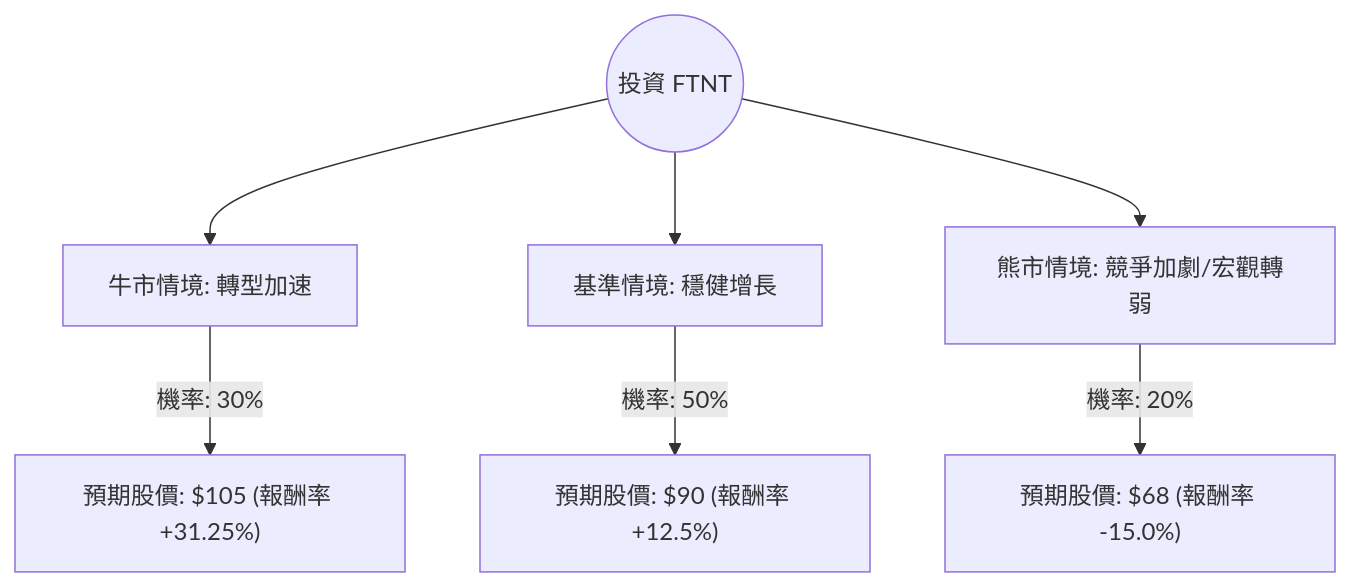
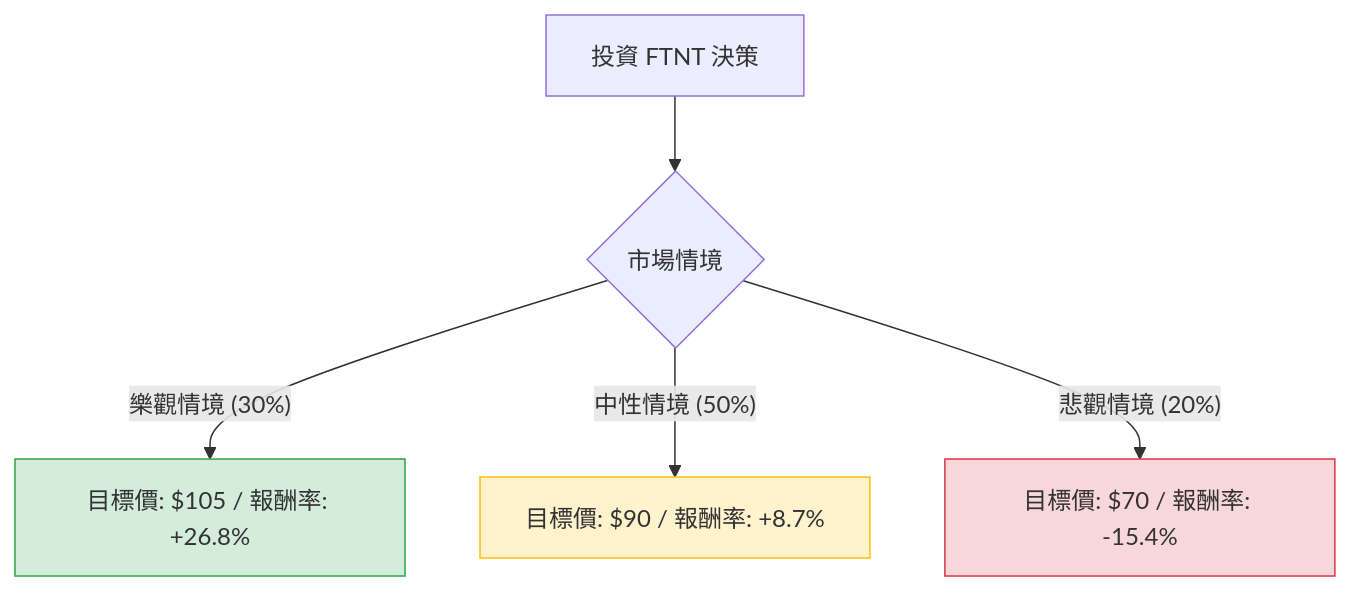
One commit to zmcx16/zmcx16.github.io changed the diagram in plugin-react/ai-analysis/ev-analysis/FTNT.md. Above: the diagram before and after it, drawn with Mermaid. The commit also changed other lines of this file and 80 other files, not shown here.

````diff
--- a/plugin-react/ai-analysis/ev-analysis/FTNT.md
+++ b/plugin-react/ai-analysis/ev-analysis/FTNT.md
@@ -19,10 +19,12 @@
 ```mermaid
 graph TD
-    Start((投資 FTNT)) --> Bull[牛市情境: 轉型加速]
-    Start --> Base[基準情境: 穩健增長]
-    Start --> Bear[熊市情境: 競爭加劇/宏觀轉弱]
+    A[投資 FTNT 決策] --> B{市場情境}
+    
+    B -- 樂觀情境 (30%) --> C[目標價: $105 / 報酬率: +26.8%]
+    B -- 中性情境 (50%) --> D[目標價: $90 / 報酬率: +8.7%]
+    B -- 悲觀情境 (20%) --> E[目標價: $70 / 報酬率: -15.4%]
 
-    Bull -- "機率: 30%" --> Bull_Val["預期股價: $105 (報酬率 +31.25%)"]
-    Base -- "機率: 50%" --> Base_Val["預期股價: $90 (報酬率 +12.5%)"]
-    Bear -- "機率: 20%" --> Bear_Val["預期股價: $68 (報酬率 -15.0%)"]
+    style C fill:#d4edda,stroke:#28a745
+    style D fill:#fff3cd,stroke:#ffc107
+    style E fill:#f8d7da,stroke:#dc3545
 ```
````
